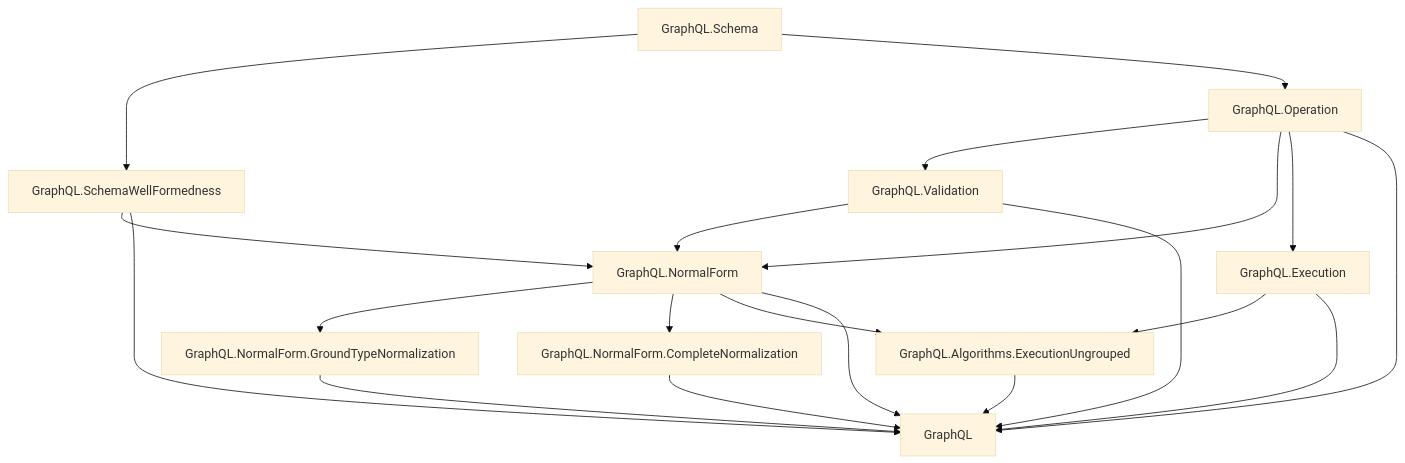
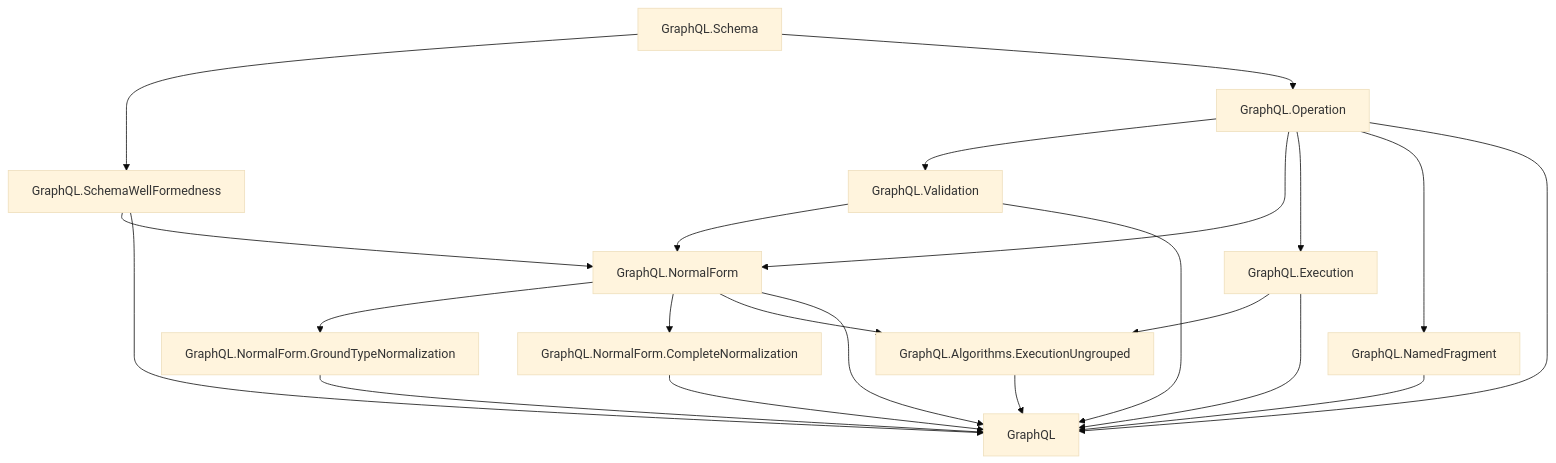
One commit to duckki/GraphQL.lean changed the diagram in docs/overview.md. Above: the diagram before and after it, drawn with Mermaid (base theme). The commit also changed other lines of this file and 34 other files, not shown here.

Commit message:
Add named fragment operations and execution

````diff
--- a/docs/overview.md
+++ b/docs/overview.md
@@ -11,34 +11,37 @@
 ```mermaid
 flowchart TD
   Schema["GraphQL.Schema"]
   SchemaWF["GraphQL.SchemaWellFormedness"]
   Operation["GraphQL.Operation"]
   Validation["GraphQL.Validation"]
   NormalForm["GraphQL.NormalForm"]
   NormalFormGround["GraphQL.NormalForm.GroundTypeNormalization"]
   CompleteNormalization["GraphQL.NormalForm.CompleteNormalization"]
   Execution["GraphQL.Execution"]
+  NamedFragment["GraphQL.NamedFragment"]
   Algorithms["GraphQL.Algorithms.ExecutionUngrouped"]
   GraphQLRoot["GraphQL"]
 
   Schema --> SchemaWF
   Schema --> Operation
   Operation --> Validation
   Operation --> NormalForm
   Operation --> Execution
+  Operation --> NamedFragment
   SchemaWF --> NormalForm
   Validation --> NormalForm
   NormalForm --> NormalFormGround
   NormalForm --> CompleteNormalization
   Execution --> Algorithms
+  NamedFragment --> GraphQLRoot
   NormalForm --> Algorithms
 
   SchemaWF --> GraphQLRoot
   Operation --> GraphQLRoot
   Validation --> GraphQLRoot
   Algorithms --> GraphQLRoot
   NormalForm --> GraphQLRoot
   NormalFormGround --> GraphQLRoot
   CompleteNormalization --> GraphQLRoot
   Execution --> GraphQLRoot
 ```
````
